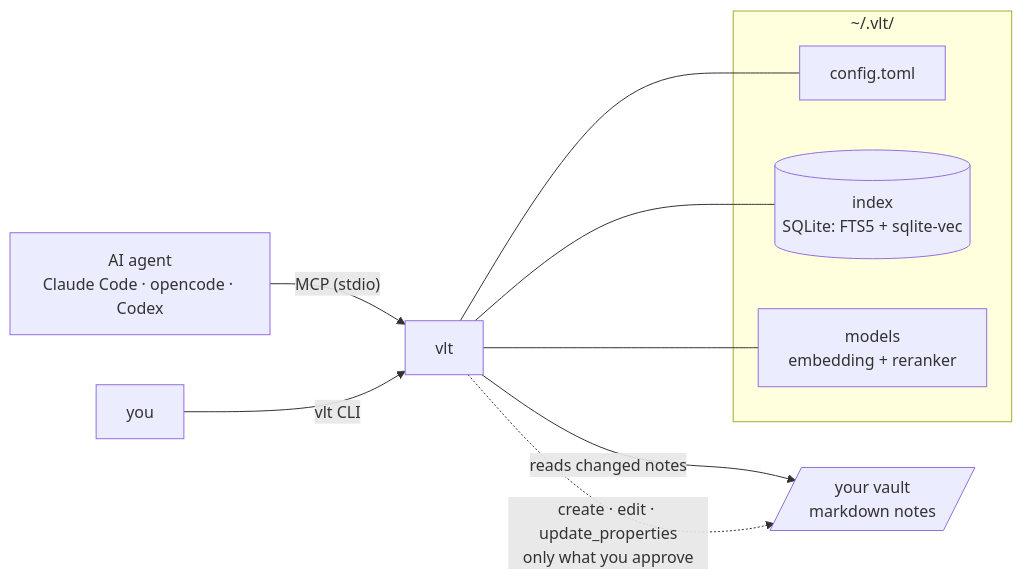
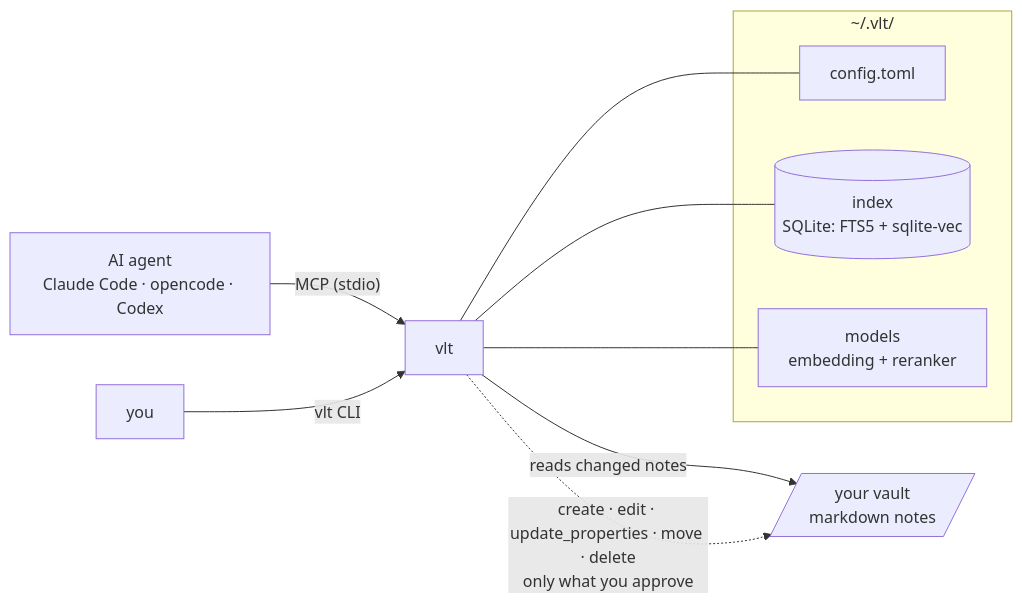
The third of 3 diagrams in README.md (andresdigiovanni/vlt), drawn with Mermaid before and after one commit. The commit also changed other lines of this file and 11 other files, not shown here.

Commit message:
feat(mcp): move and delete tools that rename or move notes rewriting the links they would break, trash notes and remove empty folders

````diff
--- a/README.md
+++ b/README.md
@@ -300,15 +302,15 @@
 ```mermaid
 flowchart LR
     agent["AI agent<br/>Claude Code · opencode · Codex"] -- "MCP (stdio)" --> vlt
     you["you"] -- "vlt CLI" --> vlt
     subgraph home["~/.vlt/"]
         config["config.toml"]
         index[("index<br/>SQLite: FTS5 + sqlite-vec")]
         models["models<br/>embedding + reranker"]
     end
     vlt --- config
     vlt --- index
     vlt --- models
     vlt -- "reads changed notes" --> vault[/"your vault<br/>markdown notes"/]
-    vlt -. "create · edit · update_properties<br/>only what you approve" .-> vault
+    vlt -. "create · edit · update_properties · move · delete<br/>only what you approve" .-> vault
 ```
````
